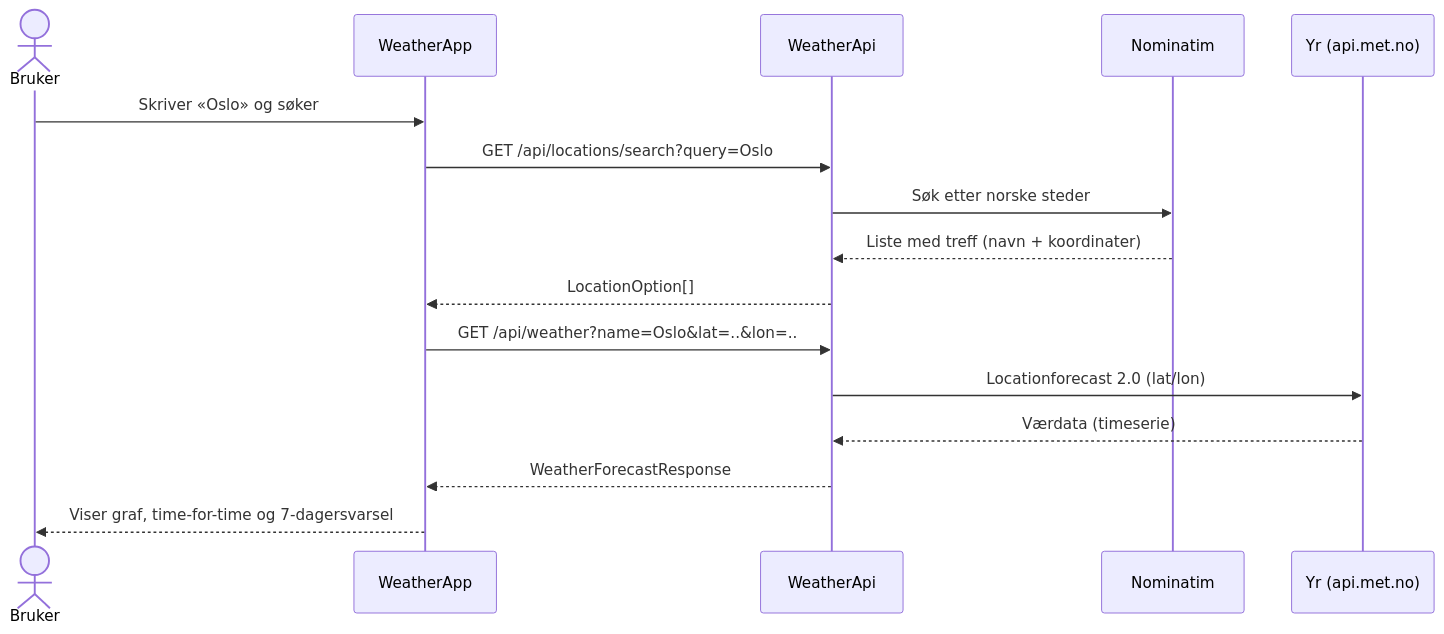
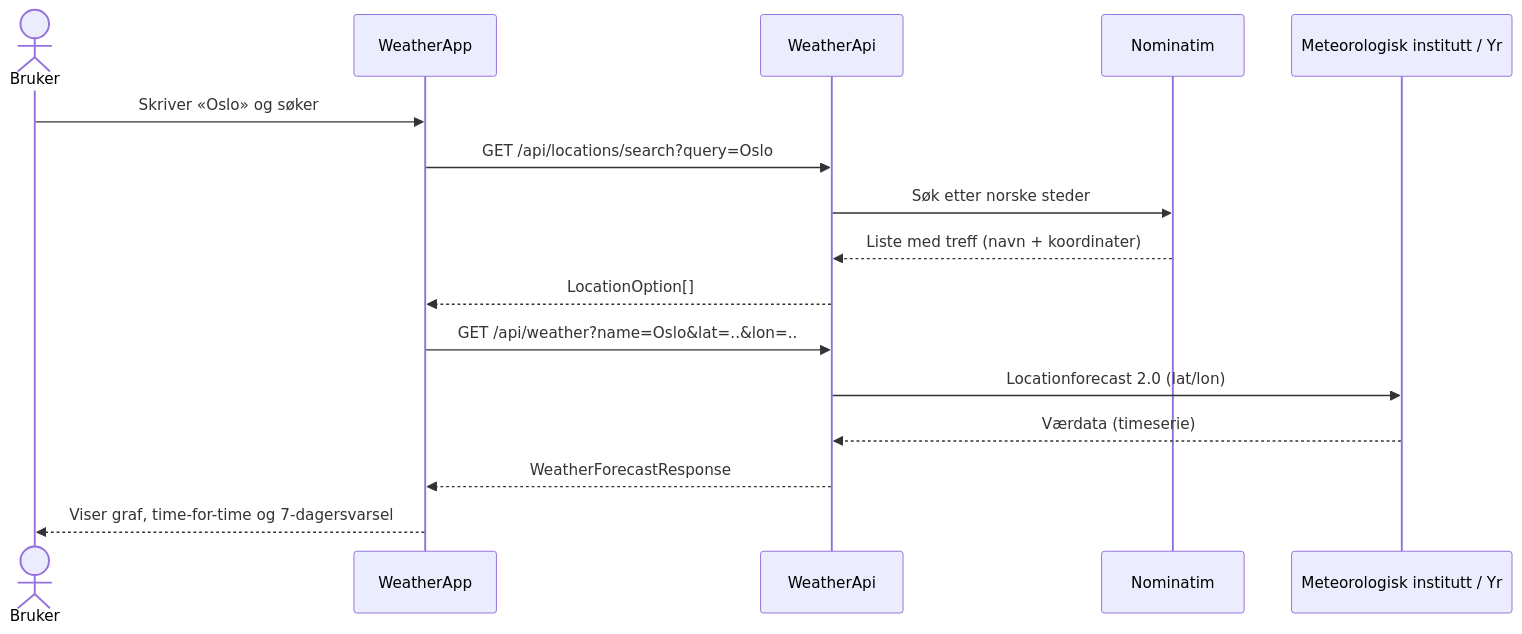
One commit to iselintrondsen/weather-app changed the second of 2 diagrams in ARCHITECTURE.md. Above: the diagram before and after it, drawn with Mermaid. The commit also changed other lines of this file and 1 other file, not shown here.

````diff
--- a/ARCHITECTURE.md
+++ b/ARCHITECTURE.md
@@ -54,19 +55,19 @@
 ```mermaid
 sequenceDiagram
     actor Bruker
     participant App as WeatherApp
     participant Api as WeatherApi
     participant OSM as Nominatim
-    participant MET as Yr (api.met.no)
+    participant MET as Meteorologisk institutt / Yr
 
     Bruker->>App: Skriver «Oslo» og søker
     App->>Api: GET /api/locations/search?query=Oslo
     Api->>OSM: Søk etter norske steder
     OSM-->>Api: Liste med treff (navn + koordinater)
     Api-->>App: LocationOption[]
     App->>Api: GET /api/weather?name=Oslo&lat=..&lon=..
     Api->>MET: Locationforecast 2.0 (lat/lon)
     MET-->>Api: Værdata (timeserie)
     Api-->>App: WeatherForecastResponse
     App-->>Bruker: Viser graf, time-for-time og 7-dagersvarsel
 ```
````
